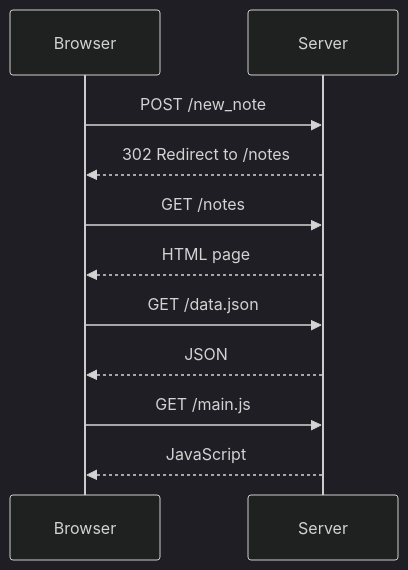
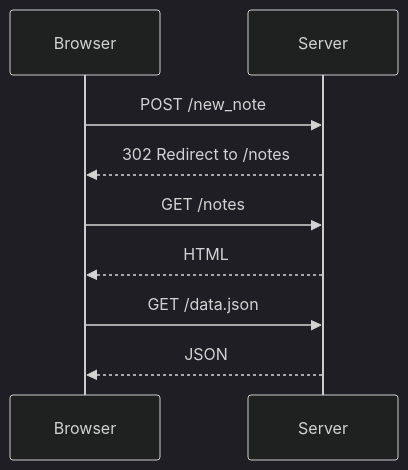
The diagram in part0/04-new-note-diagram.md (Derajatul/full-stack-open), drawn with Mermaid (dark theme) before and after one commit.

Commit message:
Refactor sequence diagram for new note creation by removing unnecessary participants and clarifying responses

````diff
--- a/part0/04-new-note-diagram.md
+++ b/part0/04-new-note-diagram.md
@@ -1,14 +1,9 @@
 ```mermaid
 sequenceDiagram
-  participant Browser
-  participant Server
-
   Browser ->> Server: POST /new_note
   Server -->> Browser: 302 Redirect to /notes
   Browser ->> Server: GET /notes
-  Server -->> Browser: HTML page
+  Server -->> Browser: HTML
   Browser ->> Server: GET /data.json
   Server -->> Browser: JSON
-  Browser ->> Server: GET /main.js
-  Server -->> Browser: JavaScript
 ```
````
